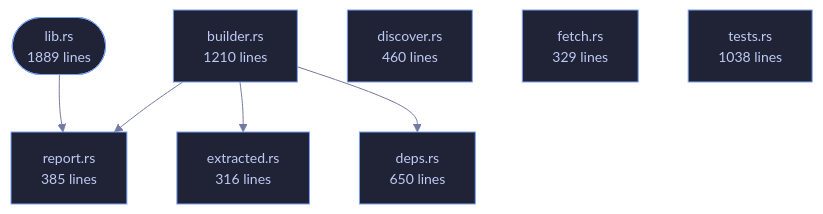
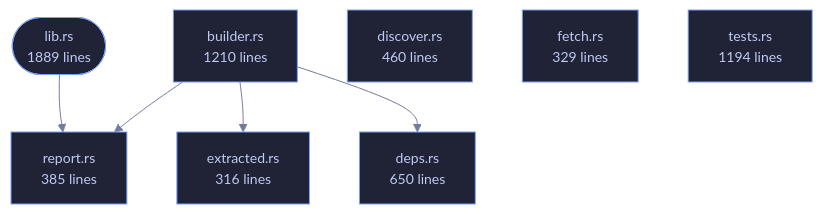
The diagram in wiki/Crate-veilvoice-verify.md (tilas01/veilvoice), drawn with Mermaid before and after one commit. The commit also changed other lines of this file and 100 other files, not shown here.

````diff
--- a/wiki/Crate-veilvoice-verify.md
+++ b/wiki/Crate-veilvoice-verify.md
@@ -80,24 +80,24 @@
 ```mermaid
 %%{init: {"theme":"base","themeVariables":{"background":"#1a1b26","primaryColor":"#1f2335","primaryTextColor":"#c0caf5","primaryBorderColor":"#7aa2f7","secondaryColor":"#16161e","tertiaryColor":"#16161e","lineColor":"#737aa2","textColor":"#c0caf5","mainBkg":"#1f2335","nodeBorder":"#7aa2f7","clusterBkg":"#16161e","clusterBorder":"#2f3549","fontFamily":"ui-monospace, SFMono-Regular, Consolas, monospace","fontSize":"14px"}}}%%
 flowchart TD
     n_lib(["lib.rs<br/>1889 lines"])
     n_builder["builder.rs<br/>1210 lines"]
     n_deps["deps.rs<br/>650 lines"]
     n_discover["discover.rs<br/>460 lines"]
     n_extracted["extracted.rs<br/>316 lines"]
     n_fetch["fetch.rs<br/>329 lines"]
     n_report["report.rs<br/>385 lines"]
-    n_tests["tests.rs<br/>1038 lines"]
+    n_tests["tests.rs<br/>1194 lines"]
     n_builder --> n_deps
     n_builder --> n_extracted
     n_builder --> n_report
     n_lib --> n_report
     click n_lib href "https://github.com/tilas01/veilvoice/blob/main/crates/veilvoice-verify/src/lib.rs" "open the source"
     click n_builder href "https://github.com/tilas01/veilvoice/blob/main/crates/veilvoice-verify/src/builder.rs" "open the source"
     click n_deps href "https://github.com/tilas01/veilvoice/blob/main/crates/veilvoice-verify/src/deps.rs" "open the source"
     click n_discover href "https://github.com/tilas01/veilvoice/blob/main/crates/veilvoice-verify/src/discover.rs" "open the source"
     click n_extracted href "https://github.com/tilas01/veilvoice/blob/main/crates/veilvoice-verify/src/extracted.rs" "open the source"
     click n_fetch href "https://github.com/tilas01/veilvoice/blob/main/crates/veilvoice-verify/src/fetch.rs" "open the source"
     click n_report href "https://github.com/tilas01/veilvoice/blob/main/crates/veilvoice-verify/src/report.rs" "open the source"
     click n_tests href "https://github.com/tilas01/veilvoice/blob/main/crates/veilvoice-verify/src/tests.rs" "open the source"
 ```
````
